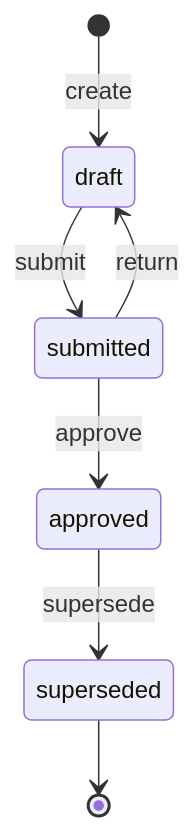
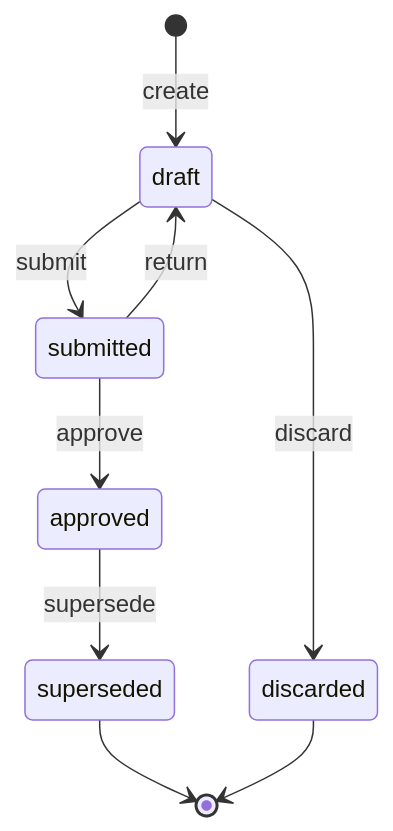
Before and after one commit to renox-rs/white-label: diagram 11 of 11 in docs/modules/wl-invoicing.md, drawn with Mermaid. The commit also changed other lines of this file and 38 other files, not shown here.

First line of the commit message:
Review G1-G7 for negative flows and completeness

````diff
--- a/docs/modules/wl-invoicing.md
+++ b/docs/modules/wl-invoicing.md
@@ -618,9 +628,11 @@
 ```mermaid
 stateDiagram-v2
   [*] --> draft: create
   draft --> submitted: submit
   submitted --> draft: return
   submitted --> approved: approve
+  draft --> discarded: discard
   approved --> superseded: supersede
   superseded --> [*]
+  discarded --> [*]
 ```
````
